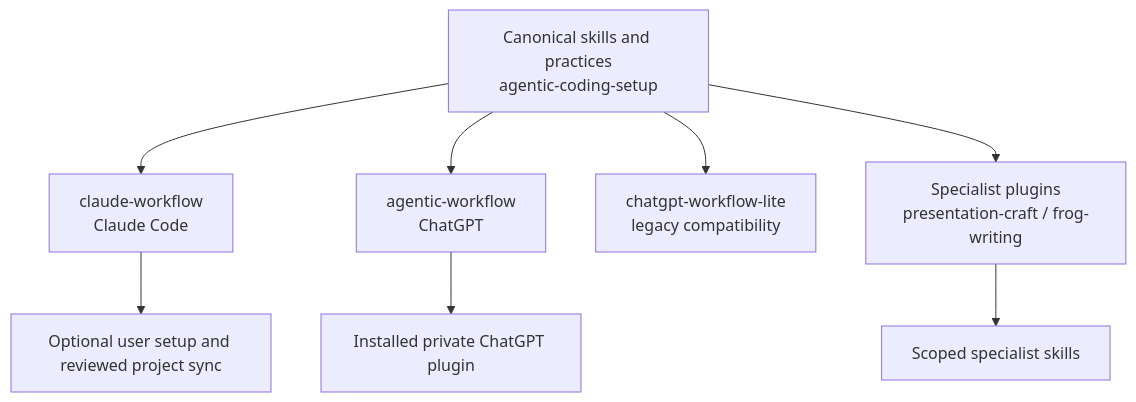
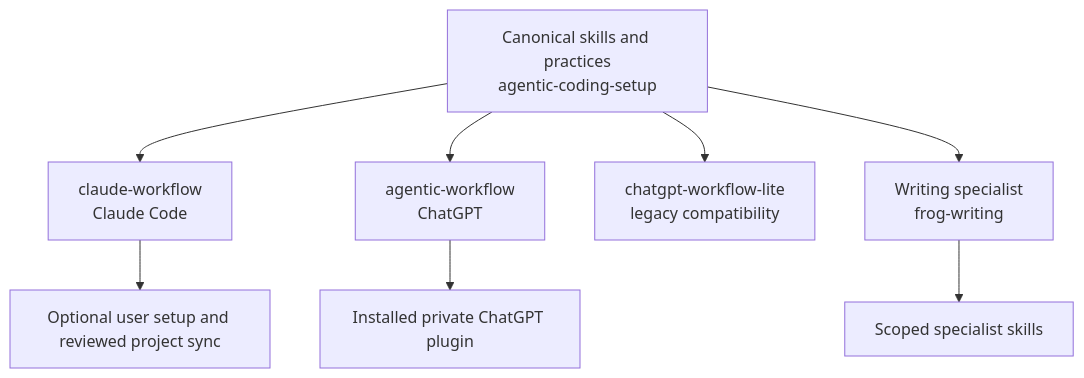
The first of 2 diagrams in plugins/agent-workflow/skills/product-passport/references/plugin-product-map.md (ogfrench/agentic-coding-setup), drawn with Mermaid before and after one commit. The commit also changed other lines of this file and 65 other files, not shown here.

````diff
--- a/plugins/agent-workflow/skills/product-passport/references/plugin-product-map.md
+++ b/plugins/agent-workflow/skills/product-passport/references/plugin-product-map.md
@@ -7,10 +7,10 @@
 ```mermaid
 flowchart TB
   Source["Canonical skills and practices<br/>agentic-coding-setup"] --> Claude["claude-workflow<br/>Claude Code"]
   Source --> ChatGPT["agentic-workflow<br/>ChatGPT"]
   Source --> Lite["chatgpt-workflow-lite<br/>legacy compatibility"]
-  Source --> Specialist["Specialist plugins<br/>presentation-craft / frog-writing"]
+  Source --> Specialist["Writing specialist<br/>frog-writing"]
   Claude --> Sync["Optional user setup and reviewed project sync"]
   ChatGPT --> Host["Installed private ChatGPT plugin"]
   Specialist --> Use["Scoped specialist skills"]
 ```
````
